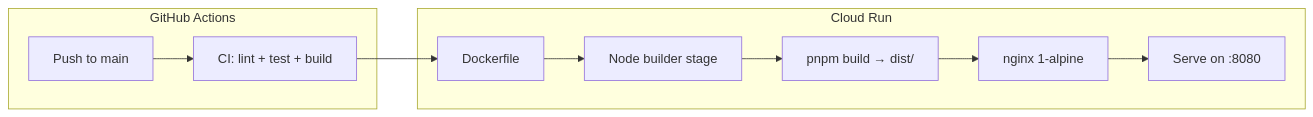
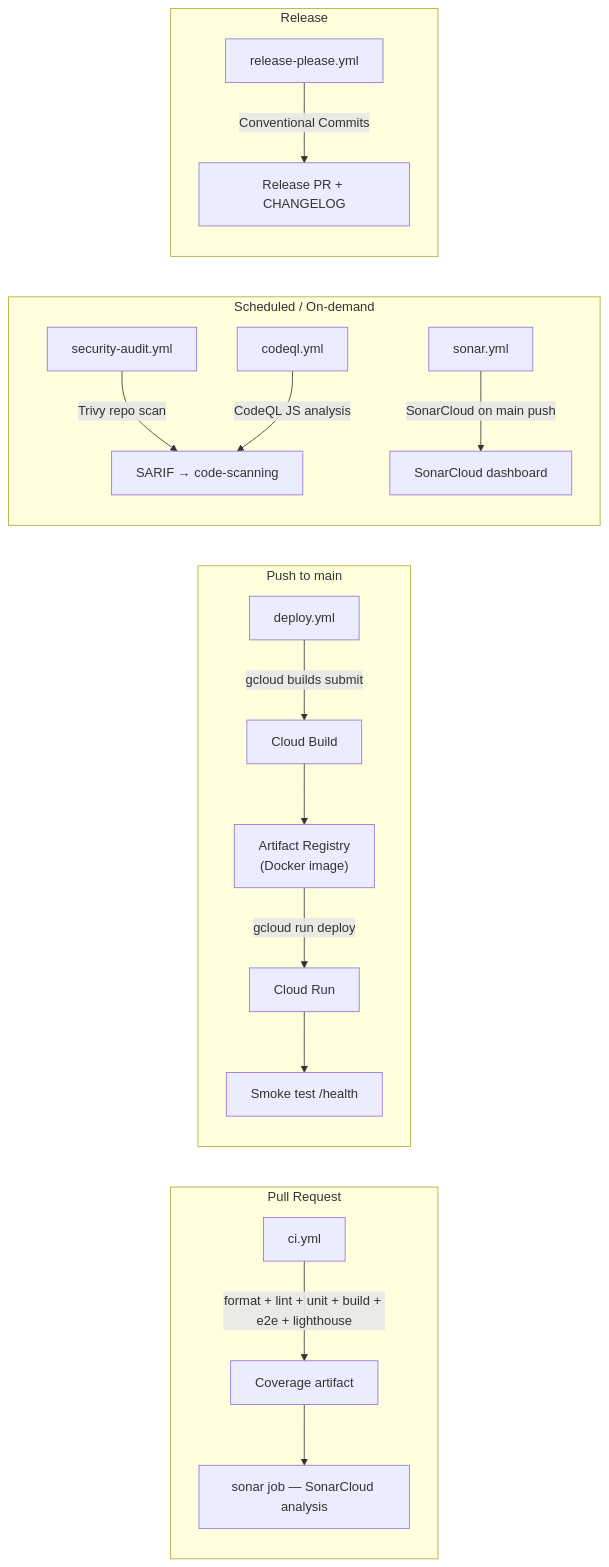
The fourth of 4 diagrams in docs/architecture.md (anchildress1/carbon-trace), drawn with Mermaid before and after one commit. The commit also changed other lines of this file and 6 other files, not shown here.

````diff
--- a/docs/architecture.md
+++ b/docs/architecture.md
@@ -157,15 +157,24 @@
 ```mermaid
 flowchart LR
-    subgraph CI["GitHub Actions"]
-        A[Push to main] --> B[CI: lint + test + build]
+    subgraph PR["Pull Request"]
+        A[ci.yml] -->|format + lint + unit + build + e2e + lighthouse| B[Coverage artifact]
+        B --> C[sonar job — SonarCloud analysis]
     end
 
-    subgraph Docker["Cloud Run"]
-        D[Dockerfile] --> E[Node builder stage]
-        E --> F[pnpm build → dist/]
-        F --> G[nginx 1-alpine]
-        G --> H[Serve on :8080]
+    subgraph Main["Push to main"]
+        D[deploy.yml] -->|gcloud builds submit| E[Cloud Build]
+        E --> F["Artifact Registry\n(Docker image)"]
+        F -->|gcloud run deploy| G[Cloud Run]
+        G --> H[Smoke test /health]
     end
 
-    B --> D
+    subgraph Scheduled["Scheduled / On-demand"]
+        I[security-audit.yml] -->|Trivy repo scan| J[SARIF → code-scanning]
+        K[codeql.yml] -->|CodeQL JS analysis| J
+        L[sonar.yml] -->|SonarCloud on main push| M[SonarCloud dashboard]
+    end
+
+    subgraph Release["Release"]
+        N[release-please.yml] -->|Conventional Commits| O[Release PR + CHANGELOG]
+    end
 ```
````
